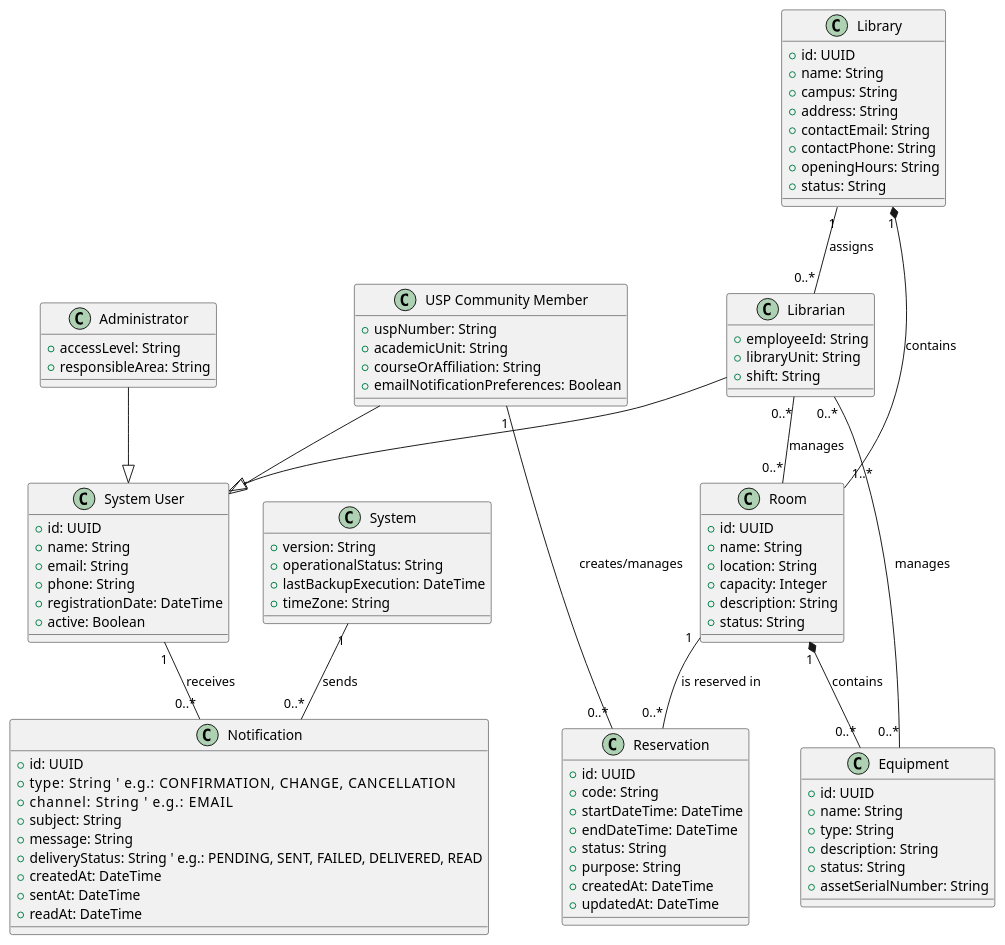
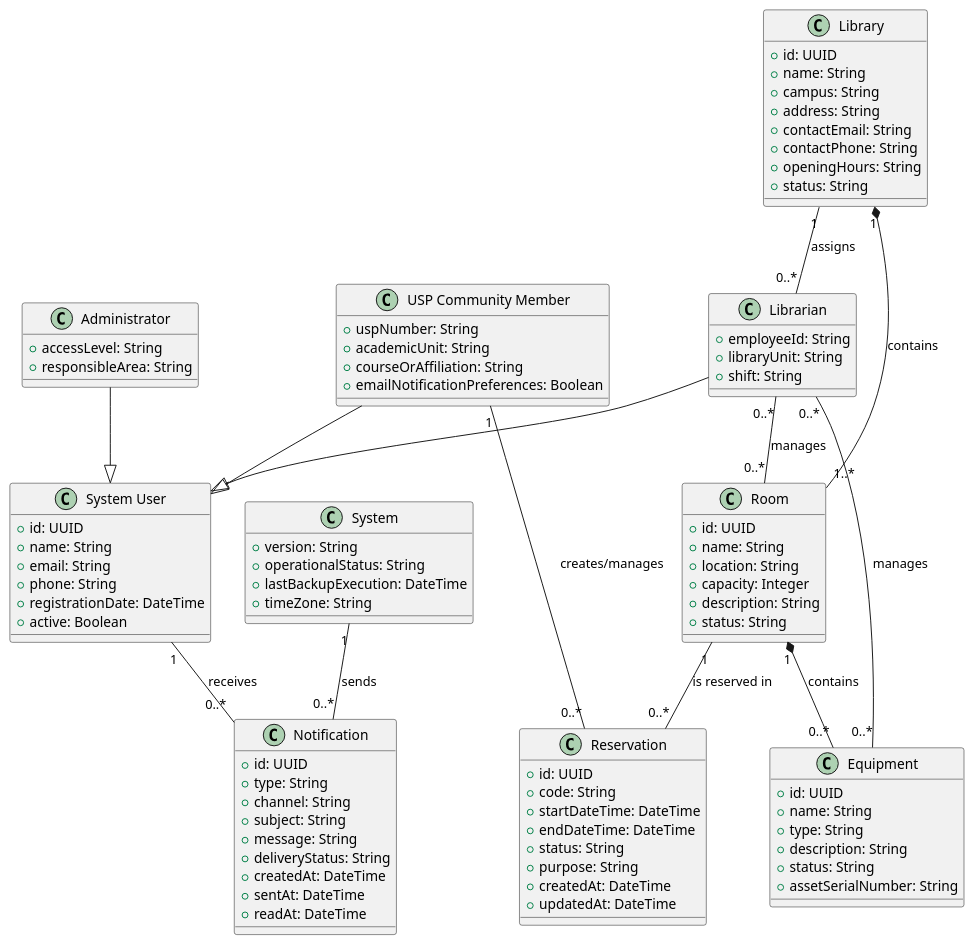
Before and after one commit to carloshenriquehannas/TCC: the diagram in DescricaoAtividadesRealizadas/AvaliacaoDiretrizes/Sistema2-Biblioteca/diagramaClasses-biblioteca-en.puml, drawn with PlantUML. The commit also changed 1 other file, not shown here.

Commit message:
adjust class diagram of sys2

```diff
--- a/DescricaoAtividadesRealizadas/AvaliacaoDiretrizes/Sistema2-Biblioteca/diagramaClasses-biblioteca-en.puml
+++ b/DescricaoAtividadesRealizadas/AvaliacaoDiretrizes/Sistema2-Biblioteca/diagramaClasses-biblioteca-en.puml
@@ -1,108 +1,108 @@
 @startuml diagramaClasses - biblioteca - en
  
 ' Diagrama de Classes — acrescentada a classe Notificação (envio pelo Sistema aos usuários)
 
 class "System User" as SystemUser {
   +id: UUID
   +name: String
   +email: String
   +phone: String
   +registrationDate: DateTime
   +active: Boolean
 }
 
 class "USP Community Member" as USPCommunityMember {
   +uspNumber: String
   +academicUnit: String
   +courseOrAffiliation: String
   +emailNotificationPreferences: Boolean
 }
 
 class "Librarian" as Librarian {
   +employeeId: String
   +libraryUnit: String
   +shift: String
 }
 
 class "Administrator" as Administrator {
   +accessLevel: String
   +responsibleArea: String
 }
 
 class "System" as System {
   +version: String
   +operationalStatus: String
   +lastBackupExecution: DateTime
   +timeZone: String
 }
 
 class Library {
   +id: UUID
   +name: String
   +campus: String
   +address: String
   +contactEmail: String
   +contactPhone: String
   +openingHours: String
   +status: String
 }
 
 class Room {
   +id: UUID
   +name: String
   +location: String
   +capacity: Integer
   +description: String
   +status: String
 }
 
 class Reservation {
   +id: UUID
   +code: String
   +startDateTime: DateTime
   +endDateTime: DateTime
   +status: String
   +purpose: String
   +createdAt: DateTime
   +updatedAt: DateTime
 }
 
 class Equipment {
   +id: UUID
   +name: String
   +type: String
   +description: String
   +status: String
   +assetSerialNumber: String
 }
 
 class Notification {
   +id: UUID
-  +type: String           ' e.g.: CONFIRMATION, CHANGE, CANCELLATION
-  +channel: String        ' e.g.: EMAIL
+  +type: String           
+  +channel: String        
   +subject: String
   +message: String
-  +deliveryStatus: String ' e.g.: PENDING, SENT, FAILED, DELIVERED, READ
+  +deliveryStatus: String 
   +createdAt: DateTime
   +sentAt: DateTime
   +readAt: DateTime
 }
 
 ' Inheritance (actors)
 USPCommunityMember --|> SystemUser
 Librarian --|> SystemUser
 Administrator --|> SystemUser
 
 ' Domain relationships with multiplicities (existing)
 Library "1" *-- "1..*" Room : contains
 Library "1" -- "0..*" Librarian : assigns
 USPCommunityMember "1" -- "0..*" Reservation : creates/manages
 Room "1" -- "0..*" Reservation : is reserved in
 Room "1" *-- "0..*" Equipment : contains
 Librarian "0..*" -- "0..*" Room : manages
 Librarian "0..*" -- "0..*" Equipment : manages
 
 ' New Notification relationships (System sends to users)
 System "1" -- "0..*" Notification : sends
 SystemUser "1" -- "0..*" Notification : receives
 @enduml
```
